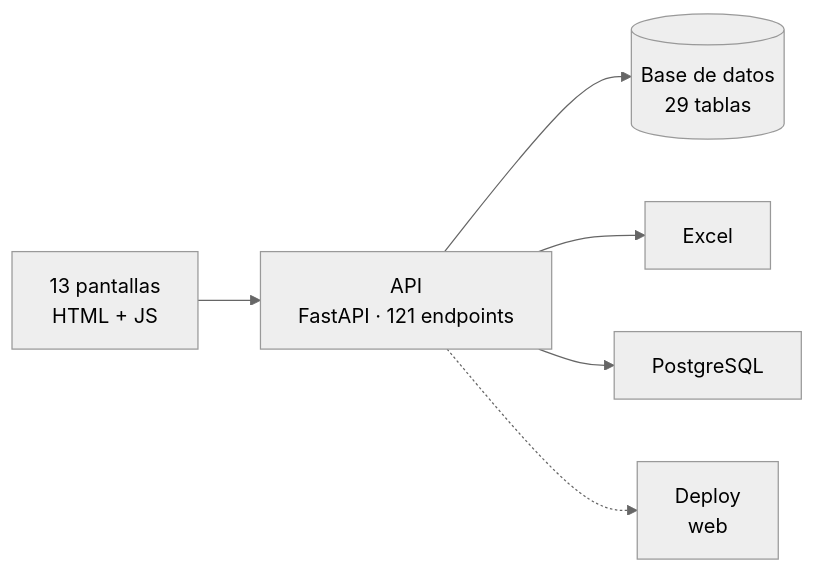
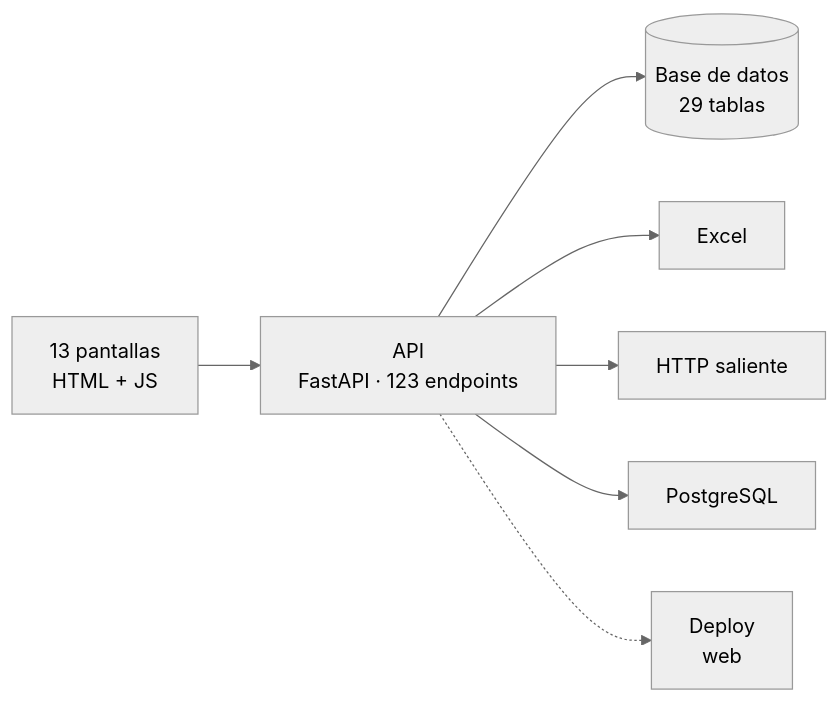
Before and after one commit to nicovazzoler/salon_ivana: the first of 2 diagrams in ARQUITECTURA.md, drawn with Mermaid (neutral theme). The commit also changed other lines of this file, not shown here.

````diff
--- a/ARQUITECTURA.md
+++ b/ARQUITECTURA.md
@@ -9,14 +9,16 @@
 ```mermaid
 graph LR
   FRONT["13 pantallas<br/>HTML + JS"]
-  API["API<br/>FastAPI · 121 endpoints"]
+  API["API<br/>FastAPI · 123 endpoints"]
   FRONT --> API
   DB[("Base de datos<br/>29 tablas")]
   API --> DB
   EXCEL["Excel"]
   API --> EXCEL
+  HTTPSALI["HTTP saliente"]
+  API --> HTTPSALI
   POSTGRES["PostgreSQL"]
   API --> POSTGRES
   DEPLOY["Deploy<br/>web"]
   API -.-> DEPLOY
 ```
````
